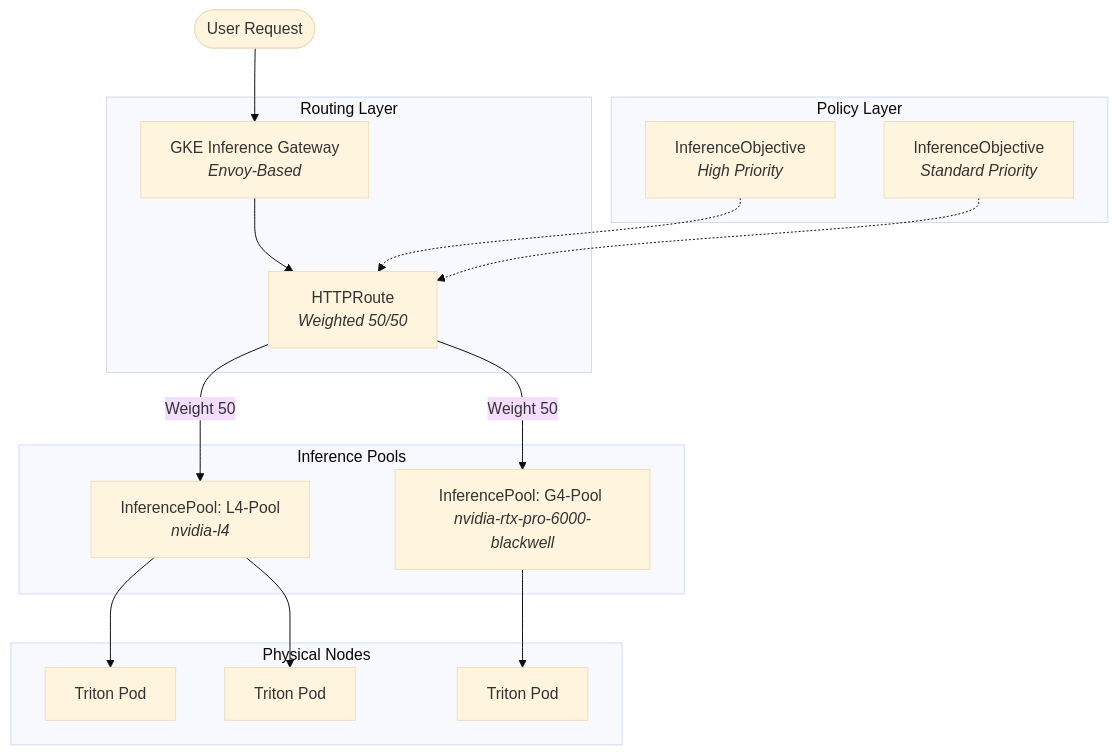
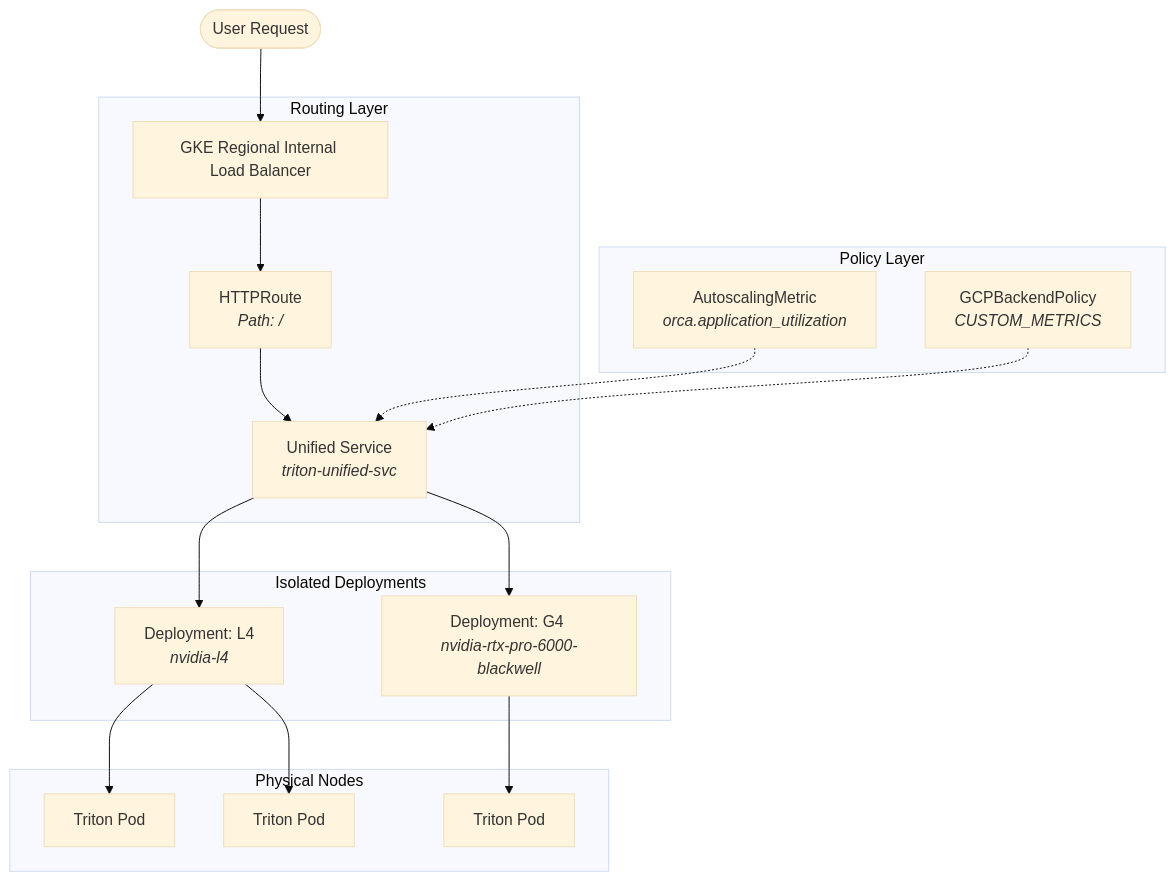
Before and after one commit to andrewaddo/gkeig-multi-deployment: the diagram in docs/architecture-and-scaling.md, drawn with Mermaid (base theme). The commit also changed other lines of this file and 7 other files, not shown here.

Commit message:
feat: implement unified service architecture for UBB cross-pool spillover

````diff
--- a/docs/architecture-and-scaling.md
+++ b/docs/architecture-and-scaling.md
@@ -65,24 +53,25 @@
 ```mermaid
 graph TD
-    User([User Request]) --> Gateway[GKE Inference Gateway <br/><i>Envoy-Based</i>]
+    User([User Request]) --> Gateway[GKE Regional Internal Load Balancer]
     
     subgraph Routing Layer
-        Gateway --> Route[HTTPRoute <br/><i>Weighted 50/50</i>]
+        Gateway --> Route[HTTPRoute <br/><i>Path: /</i>]
+        Route --> Service[Unified Service <br/><i>triton-unified-svc</i>]
     end
 
     subgraph Policy Layer
-        ObjA[InferenceObjective <br/><i>High Priority</i>] -.-> Route
-        ObjB[InferenceObjective <br/><i>Standard Priority</i>] -.-> Route
+        Metric[AutoscalingMetric <br/><i>orca.application_utilization</i>] -.-> Service
+        Policy[GCPBackendPolicy <br/><i>CUSTOM_METRICS</i>] -.-> Service
     end
 
-    subgraph Inference Pools
-        Route -- Weight 50 --> PoolL4[InferencePool: L4-Pool <br/><i>nvidia-l4</i>]
-        Route -- Weight 50 --> PoolG4[InferencePool: G4-Pool <br/><i>nvidia-rtx-pro-6000-blackwell</i>]
+    subgraph Isolated Deployments
+        Service --> DeployL4[Deployment: L4 <br/><i>nvidia-l4</i>]
+        Service --> DeployG4[Deployment: G4 <br/><i>nvidia-rtx-pro-6000-blackwell</i>]
     end
 
     subgraph Physical Nodes
-        PoolL4 --> PodL1[Triton Pod]
-        PoolL4 --> PodL2[Triton Pod]
-        PoolG4 --> PodG1[Triton Pod]
+        DeployL4 --> PodL1[Triton Pod]
+        DeployL4 --> PodL2[Triton Pod]
+        DeployG4 --> PodG1[Triton Pod]
     end
 ```
````
